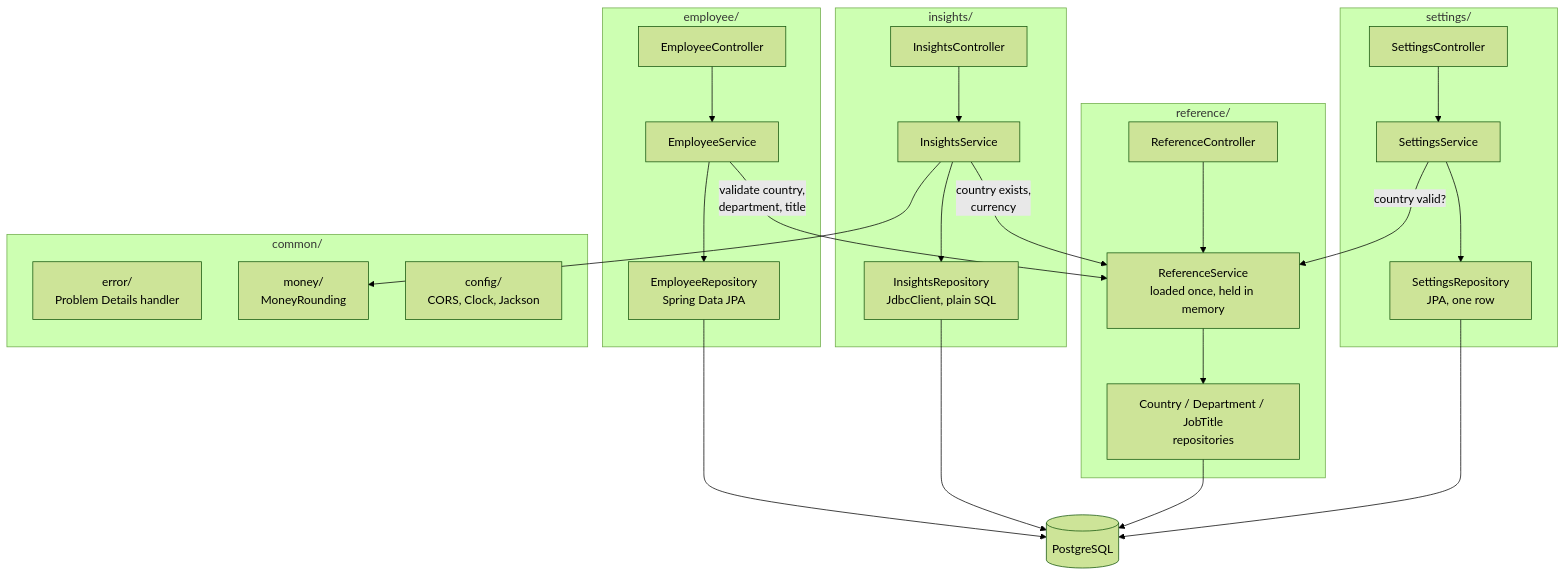
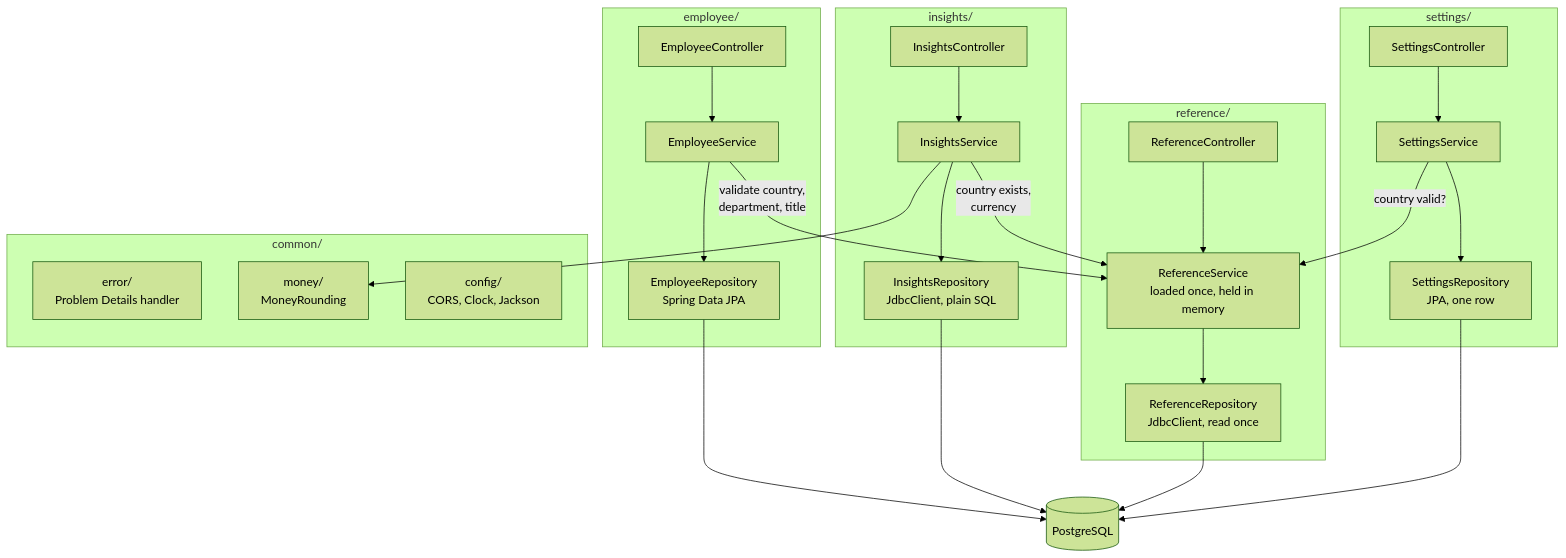
The second of 5 diagrams in docs/ARCHITECTURE.md (rakeshjoshi9999/salary-management), drawn with Mermaid (forest theme) before and after one commit. The commit also changed other lines of this file and 4 other files, not shown here.

Commit message:
docs: record task 3.2 in ADR-037, the roadmap, architecture, AI log and prompt

````diff
--- a/docs/ARCHITECTURE.md
+++ b/docs/ARCHITECTURE.md
@@ -52,34 +52,34 @@
 ```mermaid
 flowchart TB
     subgraph employee["employee/"]
         ec["EmployeeController"] --> es["EmployeeService"]
         es --> er["EmployeeRepository<br/>Spring Data JPA"]
     end
 
     subgraph insights["insights/"]
         ic["InsightsController"] --> is["InsightsService"]
         is --> ir["InsightsRepository<br/>JdbcClient, plain SQL"]
     end
 
     subgraph reference["reference/"]
         rc["ReferenceController"] --> rs["ReferenceService<br/>loaded once, held in memory"]
-        rs --> rr["Country / Department / JobTitle<br/>repositories"]
+        rs --> rr["ReferenceRepository<br/>JdbcClient, read once"]
     end
 
     subgraph settings["settings/"]
         sc["SettingsController"] --> ss["SettingsService"]
         ss --> sr["SettingsRepository<br/>JPA, one row"]
     end
 
     subgraph common["common/"]
         err["error/<br/>Problem Details handler"]
         money["money/<br/>MoneyRounding"]
         cfg["config/<br/>CORS, Clock, Jackson"]
     end
 
     es -- "validate country,<br/>department, title" --> rs
     is -- "country exists,<br/>currency" --> rs
     ss -- "country valid?" --> rs
     is --> money
     er & ir & rr & sr --> pg[("PostgreSQL")]
 ```
````
